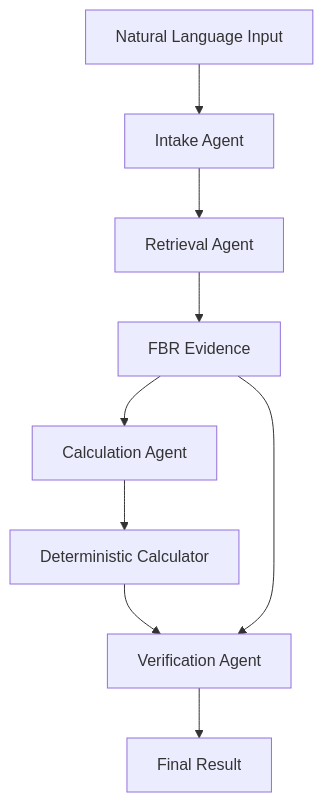
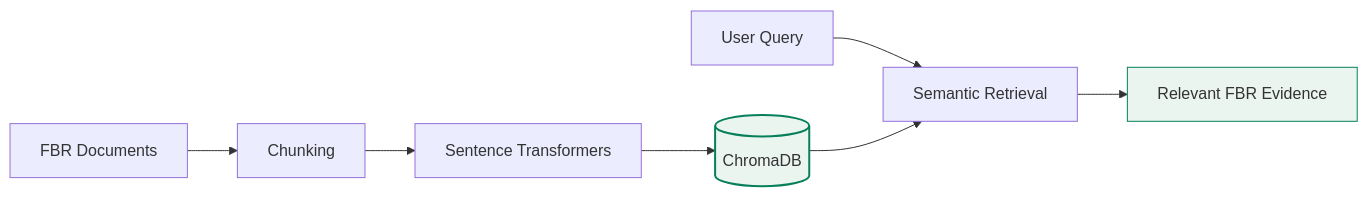
The second of 2 diagrams in README.md (ayeshakhawar217-cmd/FBR-FreelanceGuide), drawn with Mermaid before and after one commit. The commit also changed other lines of this file, not shown here.

````diff
--- a/README.md
+++ b/README.md
@@ -126,21 +67,13 @@
 ```mermaid
-flowchart TD
-    A["Natural Language Input"]
+flowchart LR
+    A["FBR Documents"] --> B["Chunking"]
+    B --> C["Sentence Transformers"]
+    C --> D[("ChromaDB")]
 
-    B["Intake Agent"]
-    C["Retrieval Agent"]
-    D["FBR Evidence"]
-    E["Calculation Agent"]
-    F["Deterministic Calculator"]
-    G["Verification Agent"]
-    H["Final Result"]
+    E["User Query"] --> F["Semantic Retrieval"]
+    D --> F
+    F --> G["Relevant FBR Evidence"]
 
-    A --> B
-    B --> C
-    C --> D
-    D --> E
-    E --> F
-    F --> G
-    D --> G
-    G --> H
+    style D fill:#EAF5F0,stroke:#087F5B,stroke-width:2px
+    style G fill:#EAF5F0,stroke:#087F5B
 ```
````
